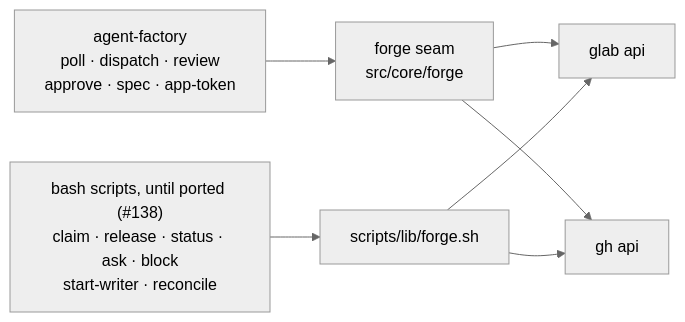
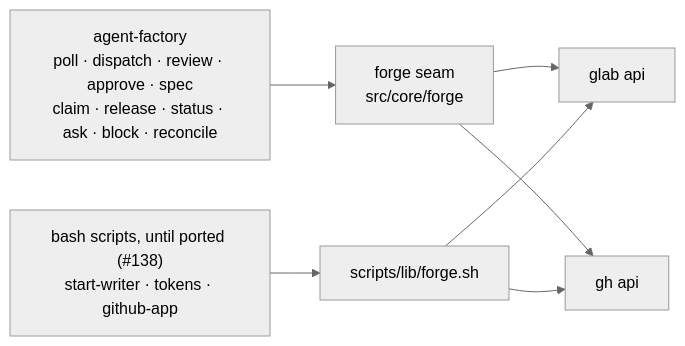
One commit to chiyanram/agent-factory changed the second of 2 diagrams in README.md. Above: the diagram before and after it, drawn with Mermaid (neutral theme). The commit also changed 40 other files, not shown here.

First line of the commit message:
feat(cli): claim, release, status, ask, block, reconcile and lint-edit in TypeScript; the repo-lint checks too (#138)

````diff
--- a/README.md
+++ b/README.md
@@ -79,11 +79,11 @@
 ```mermaid
 flowchart LR
-    P["agent-factory<br/>poll · dispatch · review<br/>approve · spec · app-token"]
+    P["agent-factory<br/>poll · dispatch · review · approve · spec<br/>claim · release · status · ask · block · reconcile"]
     P --> SEAM["forge seam<br/>src/core/forge"]
-    S["bash scripts, until ported (#138)<br/>claim · release · status · ask · block<br/>start-writer · reconcile"]
+    S["bash scripts, until ported (#138)<br/>start-writer · tokens · github-app"]
     S --> BSEAM["scripts/lib/forge.sh"]
     SEAM --> GL["glab api"]
     SEAM --> GH["gh api"]
     BSEAM --> GL
     BSEAM --> GH
 ```
````
